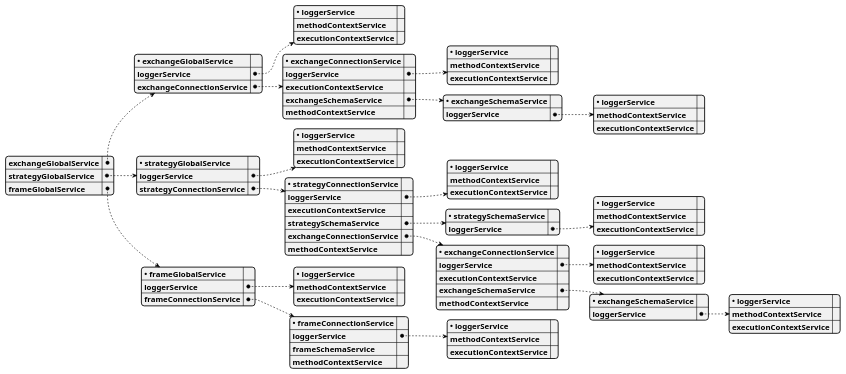
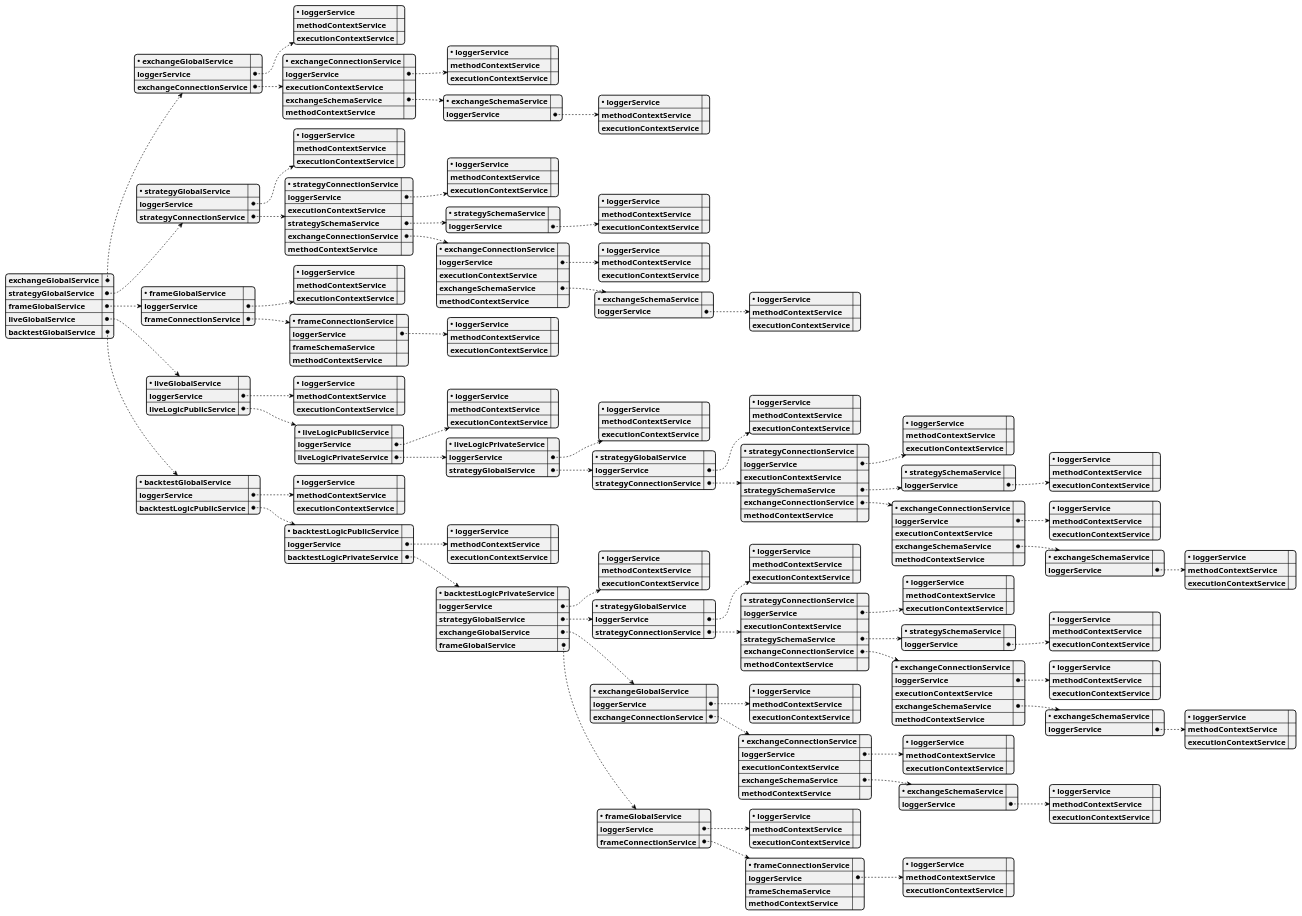
One commit to pegaltier/backtest-kit changed the diagram in docs/uml.puml. Above: the diagram before and after it, drawn with PlantUML. The commit also changed 21 other files, not shown here.

```diff
--- a/docs/uml.puml
+++ b/docs/uml.puml
@@ -67,4 +67,142 @@
 			executionContextService: ""
 		frameSchemaService: ""
 		methodContextService: ""
+liveGlobalService:
+	• liveGlobalService: ""
+	loggerService:
+		• loggerService: ""
+		methodContextService: ""
+		executionContextService: ""
+	liveLogicPublicService:
+		• liveLogicPublicService: ""
+		loggerService:
+			• loggerService: ""
+			methodContextService: ""
+			executionContextService: ""
+		liveLogicPrivateService:
+			• liveLogicPrivateService: ""
+			loggerService:
+				• loggerService: ""
+				methodContextService: ""
+				executionContextService: ""
+			strategyGlobalService:
+				• strategyGlobalService: ""
+				loggerService:
+					• loggerService: ""
+					methodContextService: ""
+					executionContextService: ""
+				strategyConnectionService:
+					• strategyConnectionService: ""
+					loggerService:
+						• loggerService: ""
+						methodContextService: ""
+						executionContextService: ""
+					executionContextService: ""
+					strategySchemaService:
+						• strategySchemaService: ""
+						loggerService:
+							• loggerService: ""
+							methodContextService: ""
+							executionContextService: ""
+					exchangeConnectionService:
+						• exchangeConnectionService: ""
+						loggerService:
+							• loggerService: ""
+							methodContextService: ""
+							executionContextService: ""
+						executionContextService: ""
+						exchangeSchemaService:
+							• exchangeSchemaService: ""
+							loggerService:
+								• loggerService: ""
+								methodContextService: ""
+								executionContextService: ""
+						methodContextService: ""
+					methodContextService: ""
+backtestGlobalService:
+	• backtestGlobalService: ""
+	loggerService:
+		• loggerService: ""
+		methodContextService: ""
+		executionContextService: ""
+	backtestLogicPublicService:
+		• backtestLogicPublicService: ""
+		loggerService:
+			• loggerService: ""
+			methodContextService: ""
+			executionContextService: ""
+		backtestLogicPrivateService:
+			• backtestLogicPrivateService: ""
+			loggerService:
+				• loggerService: ""
+				methodContextService: ""
+				executionContextService: ""
+			strategyGlobalService:
+				• strategyGlobalService: ""
+				loggerService:
+					• loggerService: ""
+					methodContextService: ""
+					executionContextService: ""
+				strategyConnectionService:
+					• strategyConnectionService: ""
+					loggerService:
+						• loggerService: ""
+						methodContextService: ""
+						executionContextService: ""
+					executionContextService: ""
+					strategySchemaService:
+						• strategySchemaService: ""
+						loggerService:
+							• loggerService: ""
+							methodContextService: ""
+							executionContextService: ""
+					exchangeConnectionService:
+						• exchangeConnectionService: ""
+						loggerService:
+							• loggerService: ""
+							methodContextService: ""
+							executionContextService: ""
+						executionContextService: ""
+						exchangeSchemaService:
+							• exchangeSchemaService: ""
+							loggerService:
+								• loggerService: ""
+								methodContextService: ""
+								executionContextService: ""
+						methodContextService: ""
+					methodContextService: ""
+			exchangeGlobalService:
+				• exchangeGlobalService: ""
+				loggerService:
+					• loggerService: ""
+					methodContextService: ""
+					executionContextService: ""
+				exchangeConnectionService:
+					• exchangeConnectionService: ""
+					loggerService:
+						• loggerService: ""
+						methodContextService: ""
+						executionContextService: ""
+					executionContextService: ""
+					exchangeSchemaService:
+						• exchangeSchemaService: ""
+						loggerService:
+							• loggerService: ""
+							methodContextService: ""
+							executionContextService: ""
+					methodContextService: ""
+			frameGlobalService:
+				• frameGlobalService: ""
+				loggerService:
+					• loggerService: ""
+					methodContextService: ""
+					executionContextService: ""
+				frameConnectionService:
+					• frameConnectionService: ""
+					loggerService:
+						• loggerService: ""
+						methodContextService: ""
+						executionContextService: ""
+					frameSchemaService: ""
+					methodContextService: ""
 @endyaml
```
